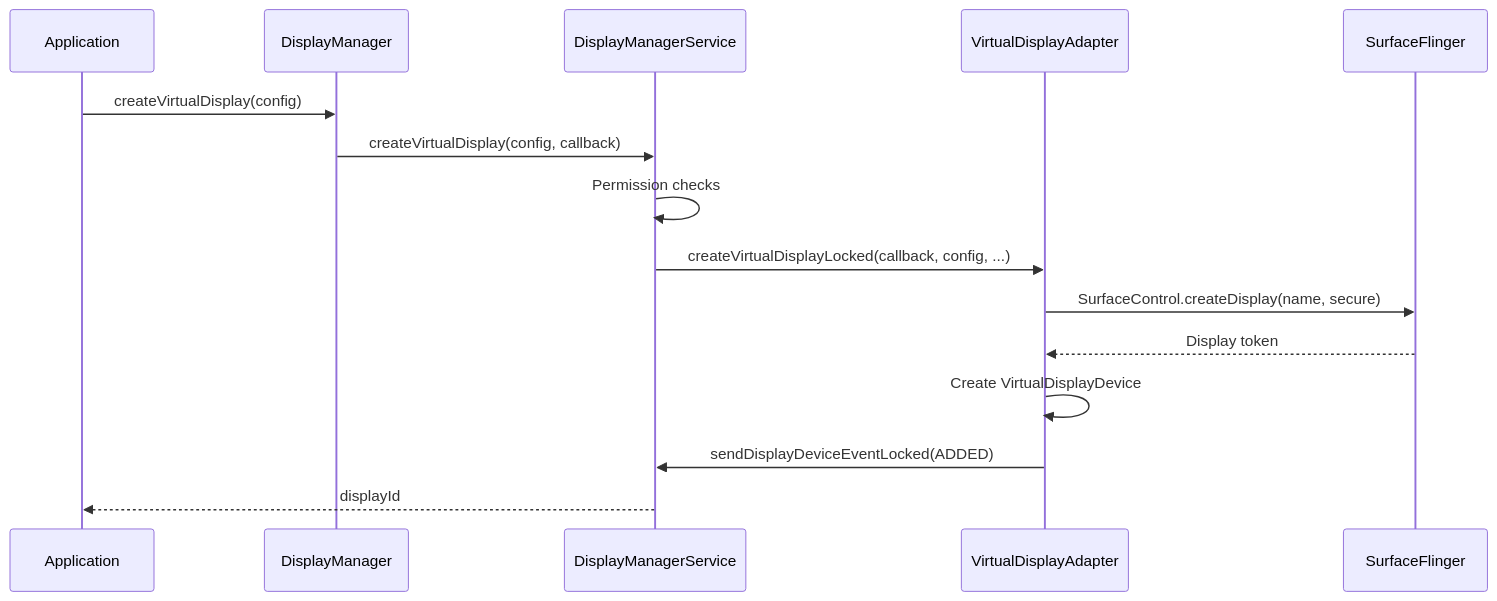
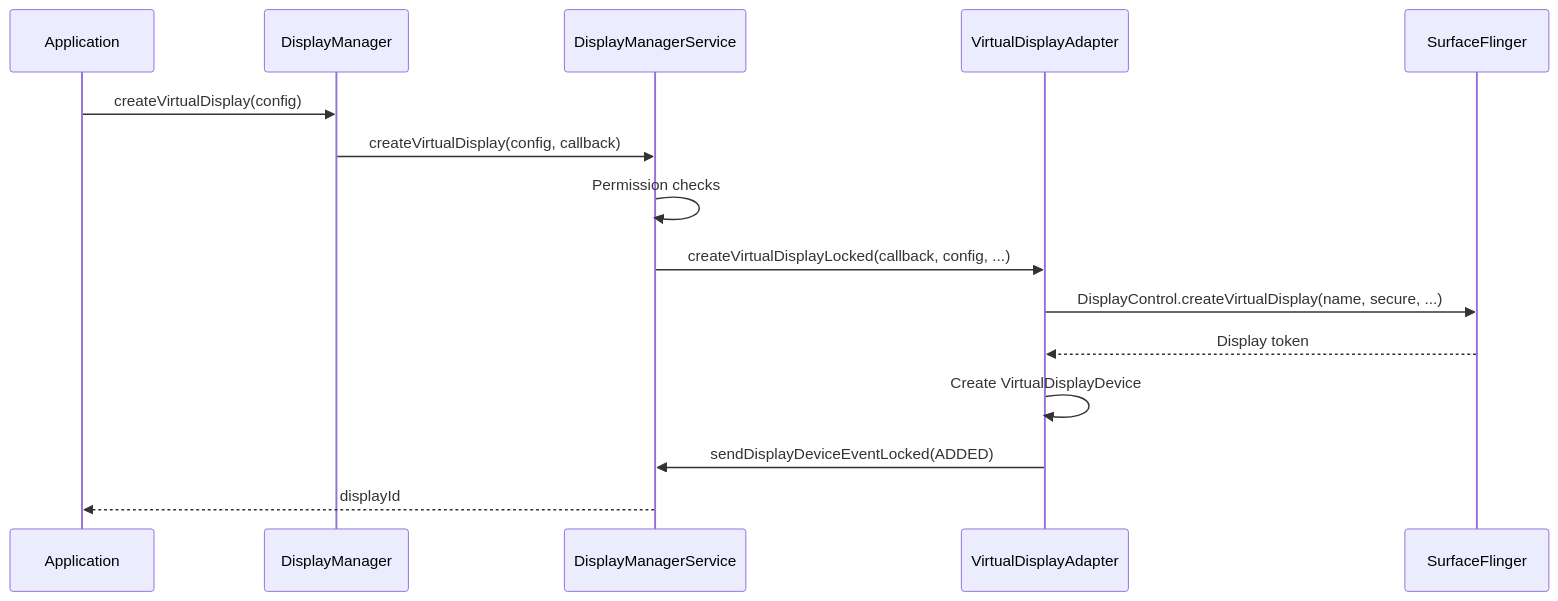
Before and after one commit to aospbooks/aosp-internal-book: diagram 28 of 43 in agents/claude/skills/aosp-framework-core/24-display-system.md, drawn with Mermaid. The commit also changed other lines of this file and 218 other files, not shown here.

````diff
--- a/agents/claude/skills/aosp-framework-core/24-display-system.md
+++ b/agents/claude/skills/aosp-framework-core/24-display-system.md
@@ -2273,18 +2301,18 @@
 ```mermaid
 sequenceDiagram
     participant App2 as Application
     participant DM2 as DisplayManager
     participant DMS4 as DisplayManagerService
     participant VDA as VirtualDisplayAdapter
     participant SF4 as SurfaceFlinger
 
     App2->>DM2: createVirtualDisplay(config)
     DM2->>DMS4: createVirtualDisplay(config, callback)
     DMS4->>DMS4: Permission checks
     DMS4->>VDA: createVirtualDisplayLocked(callback, config, ...)
-    VDA->>SF4: SurfaceControl.createDisplay(name, secure)
+    VDA->>SF4: DisplayControl.createVirtualDisplay(name, secure, ...)
     SF4-->>VDA: Display token
     VDA->>VDA: Create VirtualDisplayDevice
     VDA->>DMS4: sendDisplayDeviceEventLocked(ADDED)
     DMS4-->>App2: displayId
 ```
````
